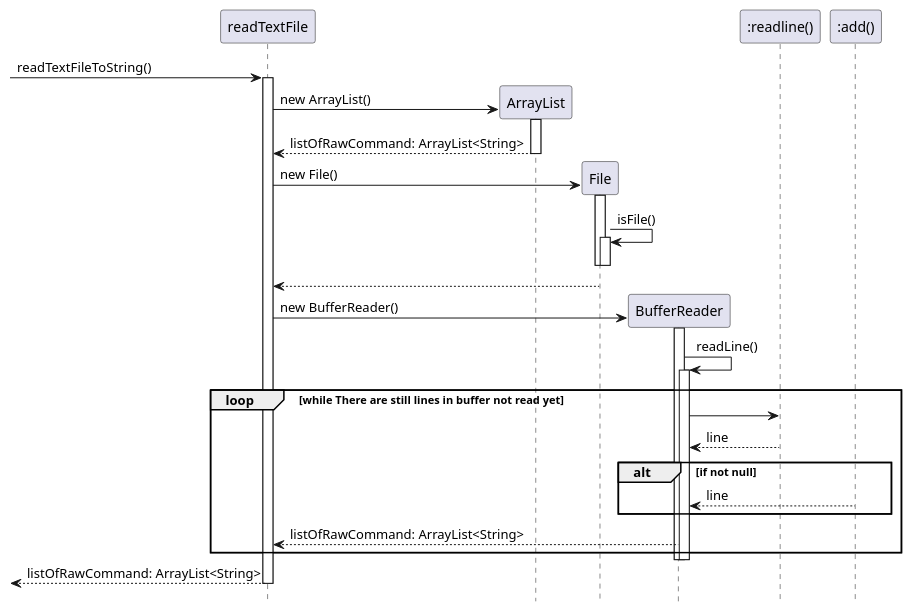
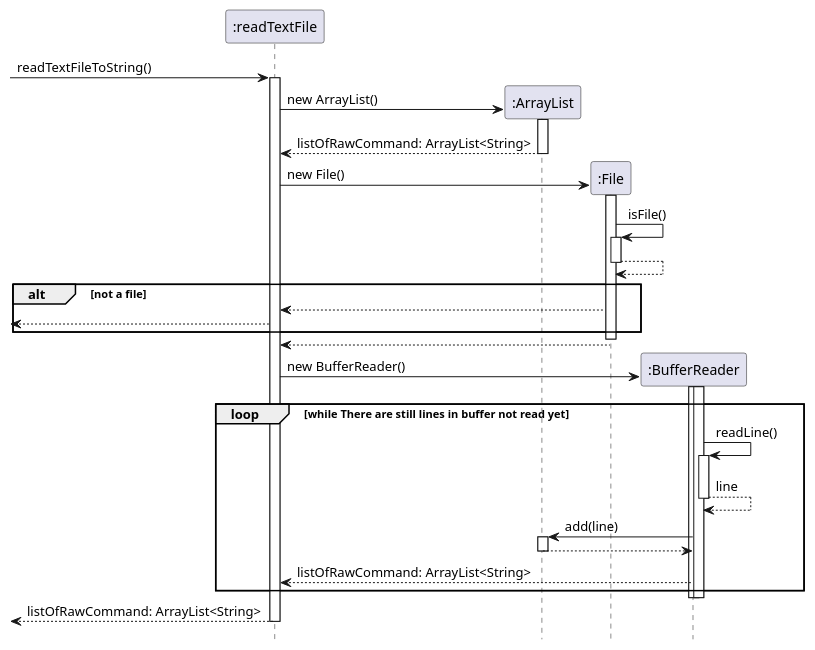
Before and after one commit to nus-cs2113-AY2122S1/tp: the diagram in docs/diagrams/readTextFileToString-Sequence_Diagram.puml, drawn with PlantUML.

Commit message:
update puml

```diff
--- a/docs/diagrams/readTextFileToString-Sequence_Diagram.puml
+++ b/docs/diagrams/readTextFileToString-Sequence_Diagram.puml
@@ -1,65 +1,76 @@
 @startuml
 'https://plantuml.com/sequence-diagram
 hide footbox
 
--> readTextFile: readTextFileToString()
+-> ":readTextFile": readTextFileToString()
 
-activate readTextFile
+activate ":readTextFile"
 
-create ArrayList
-readTextFile -> ArrayList: new ArrayList()
+create ":ArrayList"
+":readTextFile" -> ":ArrayList": new ArrayList()
 
-activate ArrayList
-readTextFile <-- ArrayList: listOfRawCommand: ArrayList<String>
+activate ":ArrayList"
+":readTextFile" <-- ":ArrayList": listOfRawCommand: ArrayList<String>
 
-deactivate ArrayList
+deactivate ":ArrayList"
 
-create File
+create ":File"
 
-readTextFile -> File: new File()
+":readTextFile" -> ":File": new File()
 
-activate File
+activate ":File"
 
-File -> File: isFile()
+":File" -> ":File": isFile()
 
-activate File
+activate ":File"
+":File" --> ":File"
 
-deactivate File
-
-
-deactivate File
-
-readTextFile <-- File
-
-create BufferReader
-
-readTextFile -> BufferReader: new BufferReader()
-activate BufferReader
-
-
-BufferReader -> BufferReader: readLine()
-
-activate BufferReader
-
-loop while There are still lines in buffer not read yet
-"BufferReader" -> ":readline()"
-
-BufferReader <-- ":readline()" : line
-
-alt if not null
-    BufferReader <-- ":add()" : line
-end
-
-readTextFile <-- BufferReader: listOfRawCommand: ArrayList<String>
+deactivate ":File"
+alt not a file
+":readTextFile"<-- ":File"
+<-- ":readTextFile"
 
 end
 
-deactivate BufferReader
+deactivate ":File"
 
-deactivate BufferReader
+":readTextFile" <-- ":File"
+
+create ":BufferReader"
+
+":readTextFile" -> ":BufferReader": new BufferReader()
+activate ":BufferReader"
+
+
+
+
+activate ":BufferReader"
+
+loop while There are still lines in buffer not read yet
+
+":BufferReader" -> ":BufferReader": readLine()
+activate ":BufferReader"
+":BufferReader" --> ":BufferReader": line
+deactivate ":BufferReader"
+
+":BufferReader" -> ":ArrayList": add(line)
+activate ":ArrayList"
+
+
+":BufferReader" <-- ":ArrayList"
+deactivate ":ArrayList"
+
+
+":readTextFile" <-- ":BufferReader": listOfRawCommand: ArrayList<String>
+
+end
+
+deactivate ":BufferReader"
+
+deactivate ":BufferReader"
 
 return listOfRawCommand: ArrayList<String>
 
-deactivate readTextFile
+deactivate ":readTextFile"
 
 @enduml
```
